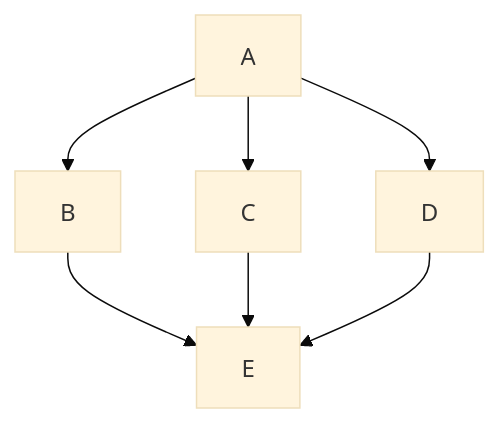
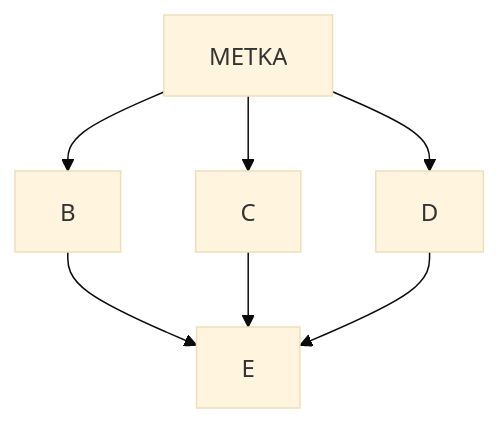
Before and after one commit to vozvrat/vozvrat.github.io: the diagram in README.md, drawn with Mermaid (base theme).

```diff
--- a/README.md
+++ b/README.md
@@ -3,9 +3,9 @@
 <pre class="mermaid">
 graph TD;
-A-->B;
-A-->C;
-A-->D;
+METKA-->B;
+METKA-->C;
+METKA-->D;
 B-->E;
 C-->E;
 D-->E;
 </pre>
```
